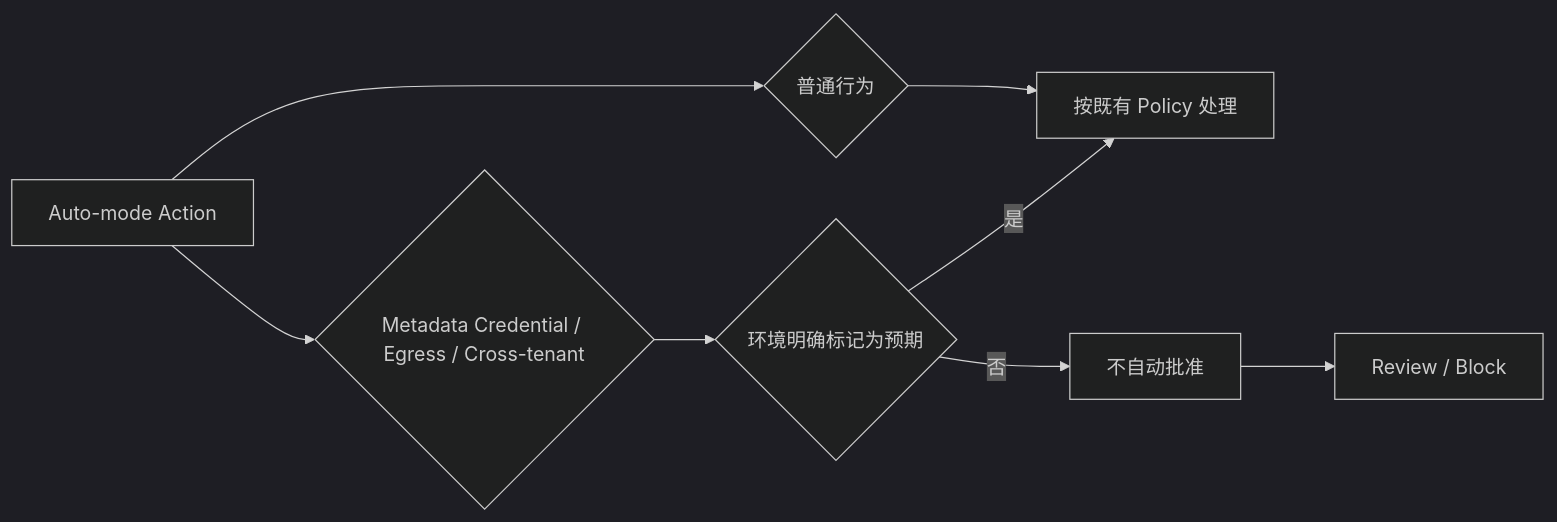
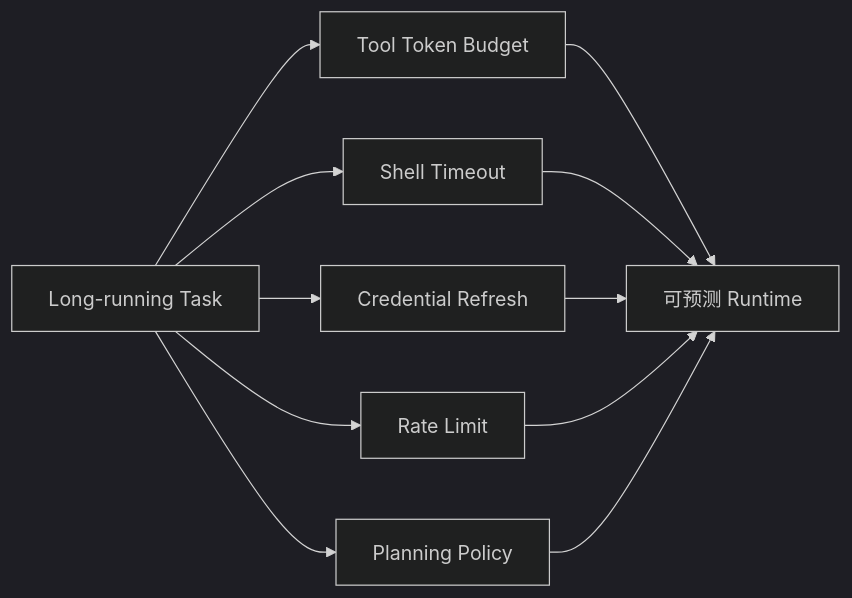
One commit to wlf186/ai-daily-headlines changed the sixth of 24 diagrams in 260902.md. Above: the diagram before and after it, drawn with Mermaid (dark theme). The commit also changed other lines of this file, not shown here.

````diff
--- a/260902.md
+++ b/260902.md
@@ -258,10 +285,13 @@
 ```mermaid
 flowchart LR
-    CA1[Auto-mode Action] --> CA2{普通行为}
-    CA1 --> CA3{Metadata Credential / Egress / Cross-tenant}
-    CA2 --> CA4[按既有 Policy 处理]
-    CA3 --> CA5{环境明确标记为预期}
-    CA5 -- 是 --> CA4
-    CA5 -- 否 --> CA6[不自动批准]
-    CA6 --> CA7[Review / Block]
+    CL1[Long-running Task] --> CL2[Tool Token Budget]
+    CL1 --> CL3[Shell Timeout]
+    CL1 --> CL4[Credential Refresh]
+    CL1 --> CL5[Rate Limit]
+    CL1 --> CL6[Planning Policy]
+    CL2 --> CL7[可预测 Runtime]
+    CL3 --> CL7
+    CL4 --> CL7
+    CL5 --> CL7
+    CL6 --> CL7
 ```
````
